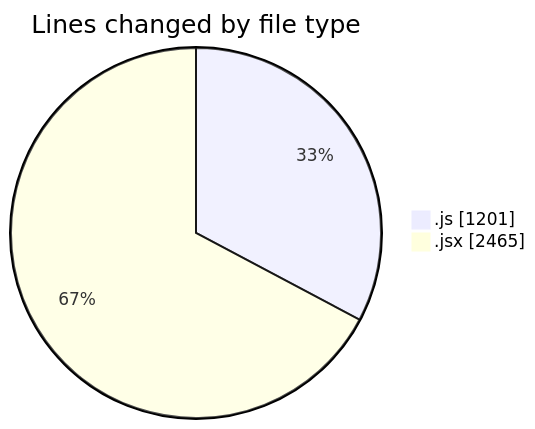
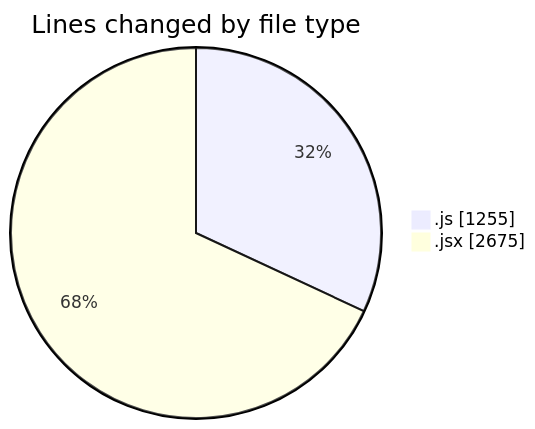
One commit to nxtqubesakshisongat/code-tracking changed the first of 2 diagrams in 2025-10-10/nxtqube_webapp/README.md. Above: the diagram before and after it, drawn with Mermaid. The commit also changed other lines of this file and 1 other file, not shown here.

````diff
--- a/2025-10-10/nxtqube_webapp/README.md
+++ b/2025-10-10/nxtqube_webapp/README.md
@@ -24,6 +25,6 @@
 ```mermaid
 pie showData
 title Lines changed by file type
-".js" : 1201
-".jsx" : 2465
+".js" : 1255
+".jsx" : 2675
 ```
````
